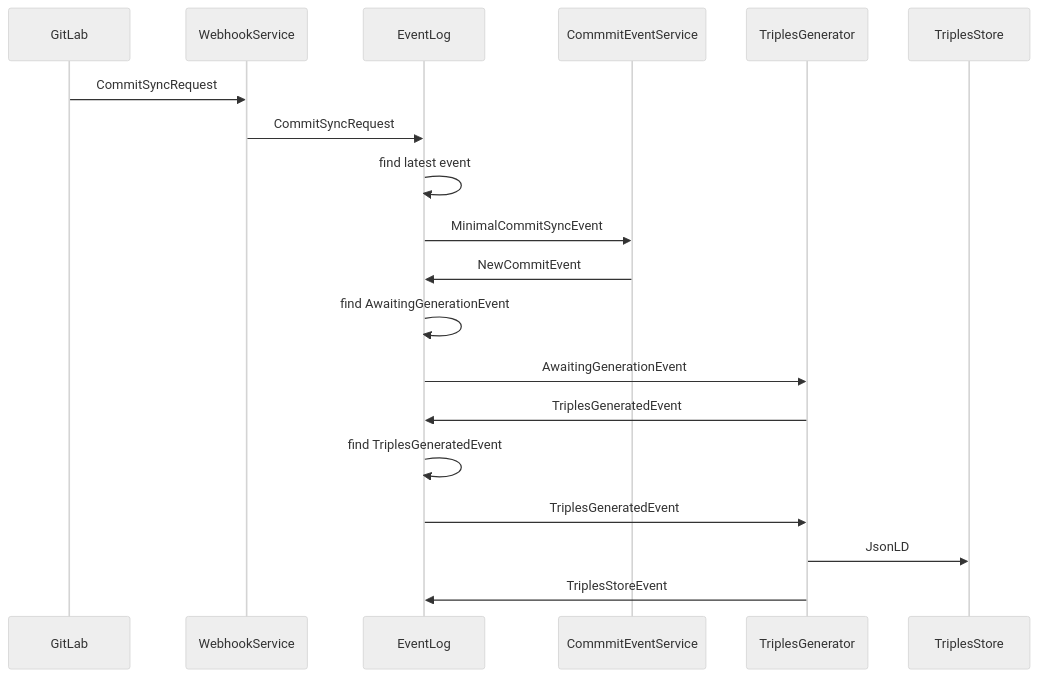
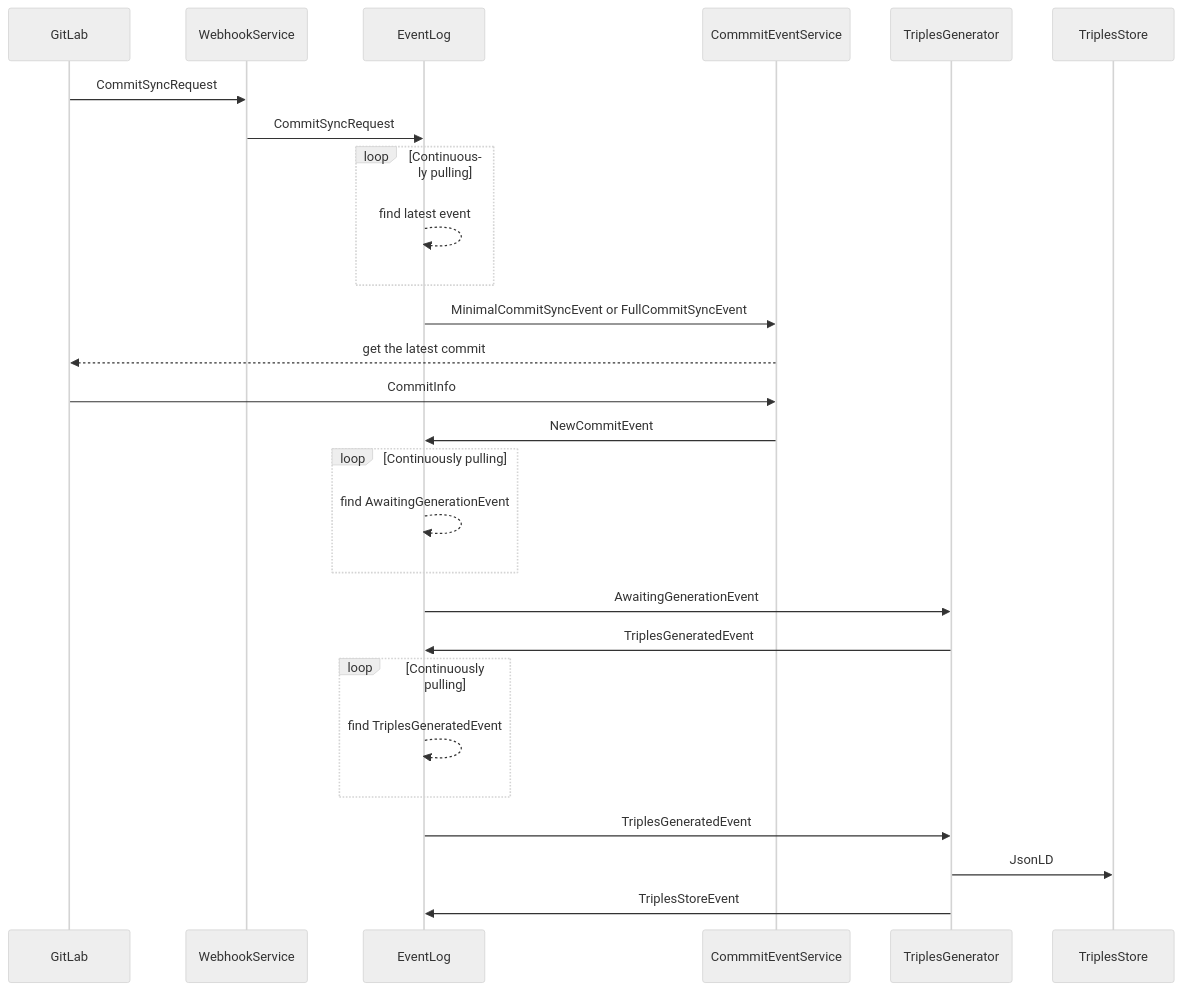
One commit to SwissDataScienceCenter/renku-graph changed the first of 2 diagrams in README.md. Above: the diagram before and after it, drawn with Mermaid (neutral theme). The commit also changed other lines of this file, not shown here.

Commit message:
docs : added global commit sync sequence diagram

````diff
--- a/README.md
+++ b/README.md
@@ -45,21 +47,29 @@
 ```mermaid
 sequenceDiagram
     participant GitLab
     participant WebhookService
     participant EventLog
     participant CommmitEventService
     participant TriplesGenerator
     participant TriplesStore
     GitLab ->>WebhookService: CommitSyncRequest
     WebhookService ->>EventLog: CommitSyncRequest 
-    EventLog ->>EventLog: find latest event 
-    EventLog ->>CommmitEventService: MinimalCommitSyncEvent
+    loop Continuously pulling
+    EventLog -->>EventLog: find latest event 
+    end
+    EventLog ->>CommmitEventService: MinimalCommitSyncEvent or FullCommitSyncEvent
+    CommmitEventService -->>GitLab: get the latest commit
+    GitLab ->>CommmitEventService: CommitInfo
     CommmitEventService ->>EventLog: NewCommitEvent
-    EventLog ->>EventLog: find AwaitingGenerationEvent
+    loop Continuously pulling
+    EventLog -->>EventLog: find AwaitingGenerationEvent
+    end
     EventLog ->>TriplesGenerator: AwaitingGenerationEvent
     TriplesGenerator ->>EventLog: TriplesGeneratedEvent
-    EventLog ->>EventLog: find TriplesGeneratedEvent
+    loop Continuously pulling
+    EventLog -->>EventLog: find TriplesGeneratedEvent
+    end
     EventLog ->>TriplesGenerator: TriplesGeneratedEvent
     TriplesGenerator ->>TriplesStore: JsonLD
     TriplesGenerator ->>EventLog: TriplesStoreEvent
 ```
````
